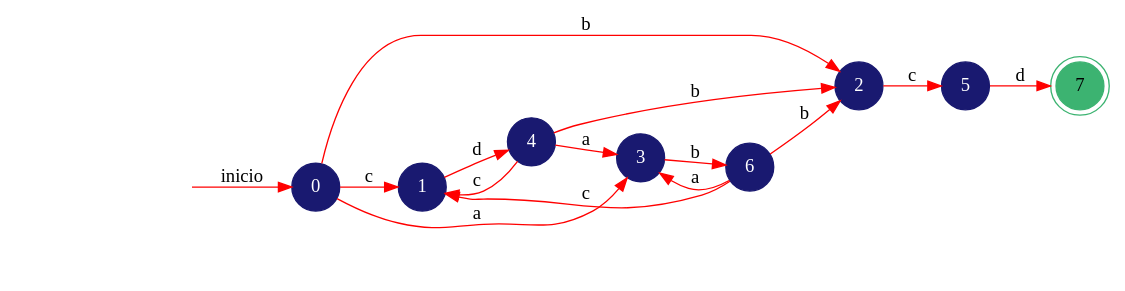
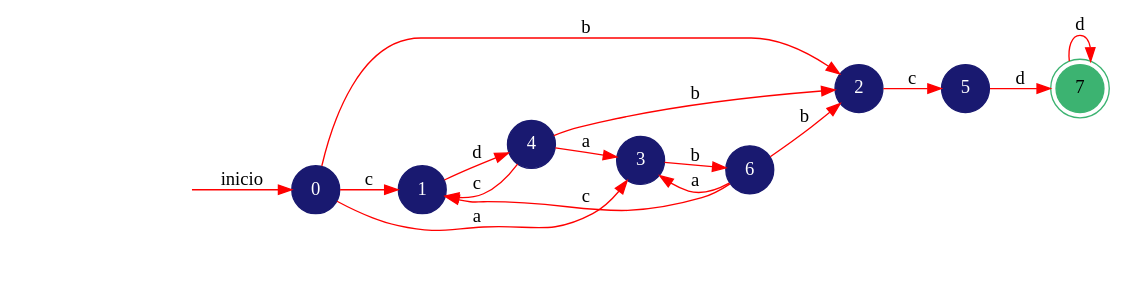
The diagram in Compi1Proyecto1/AFD.dot (AhiezerRamirez/Compi1Proyecto1), drawn with Graphviz before and after one commit. The commit also changed 16 other files, not shown here.

```diff
--- a/Compi1Proyecto1/AFD.dot
+++ b/Compi1Proyecto1/AFD.dot
@@ -1,22 +1,23 @@
 digraph AFD {
 	rankdir=LR;
 	node [shape=doublecircle, style = filled,color = mediumseagreen]; "7";
 	node [shape=circle];
 	node [color=midnightblue,fontcolor=white];
 	edge [color=red];
 	secret_node [style=invis];
 	secret_node -> "0" [label="inicio"];
 	"0" -> "1" [label="c"];
 	"0" -> "2" [label="b"];
 	"0" -> "3" [label="a"];
 	"1" -> "4" [label="d"];
 	"2" -> "5" [label="c"];
 	"3" -> "6" [label="b"];
 	"4" -> "1" [label="c"];
 	"4" -> "2" [label="b"];
 	"4" -> "3" [label="a"];
 	"5" -> "7" [label="d"];
 	"6" -> "1" [label="c"];
 	"6" -> "2" [label="b"];
 	"6" -> "3" [label="a"];
+	"7" -> "7" [label="d"];
 }
```
